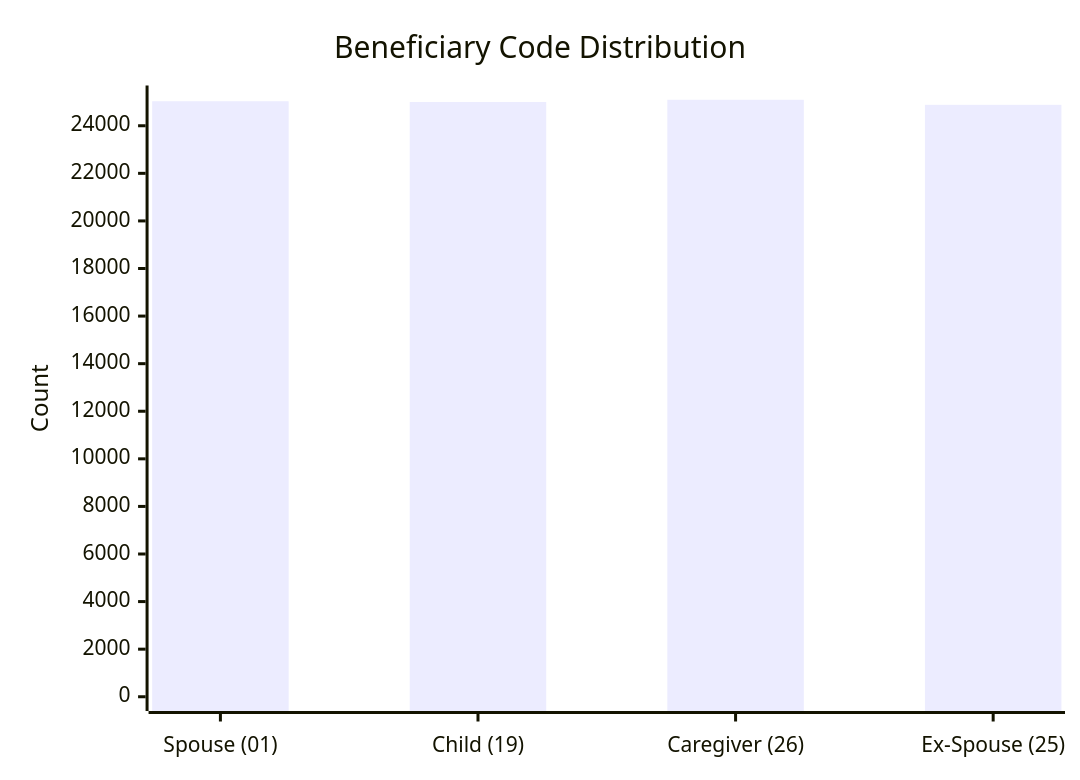
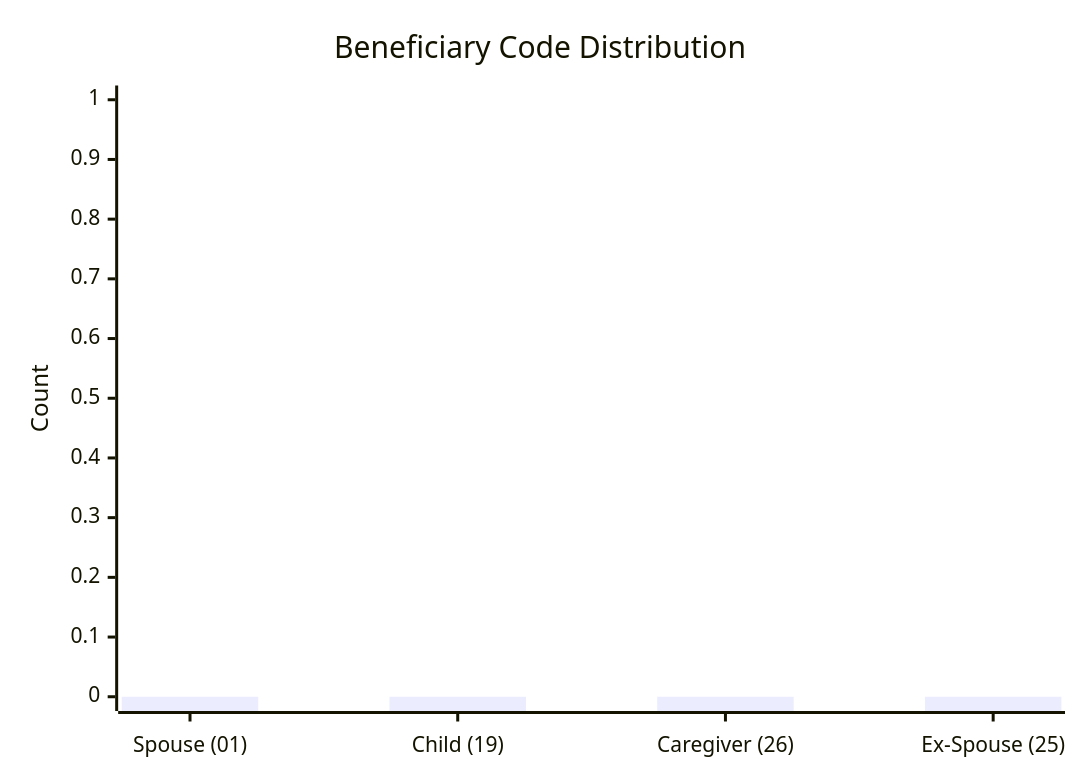
Before and after one commit to dhagan-va/intern-2025: the eighth of 11 diagrams in test-tools/DataGen/src/Statistics_Visualizer.md, drawn with Mermaid. The commit also changed other lines of this file and 7 other files, not shown here.

````diff
--- a/test-tools/DataGen/src/Statistics_Visualizer.md
+++ b/test-tools/DataGen/src/Statistics_Visualizer.md
@@ -89,7 +89,7 @@
 ```mermaid
 xychart-beta
     title "Beneficiary Code Distribution"
     x-axis ["Spouse (01)", "Child (19)", "Caregiver (26)", "Ex-Spouse (25)"]
-    y-axis "Count" 0 --> 25093
-    bar [25030, 24999, 25092, 24879]
+    y-axis "Count" 0 --> 1
+    bar [0, 0, 0, 0]
 ```
````
